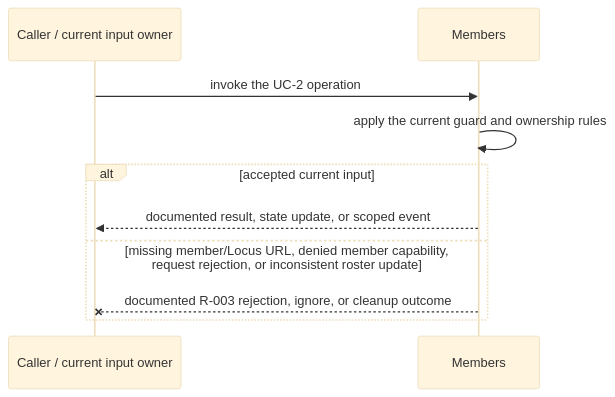
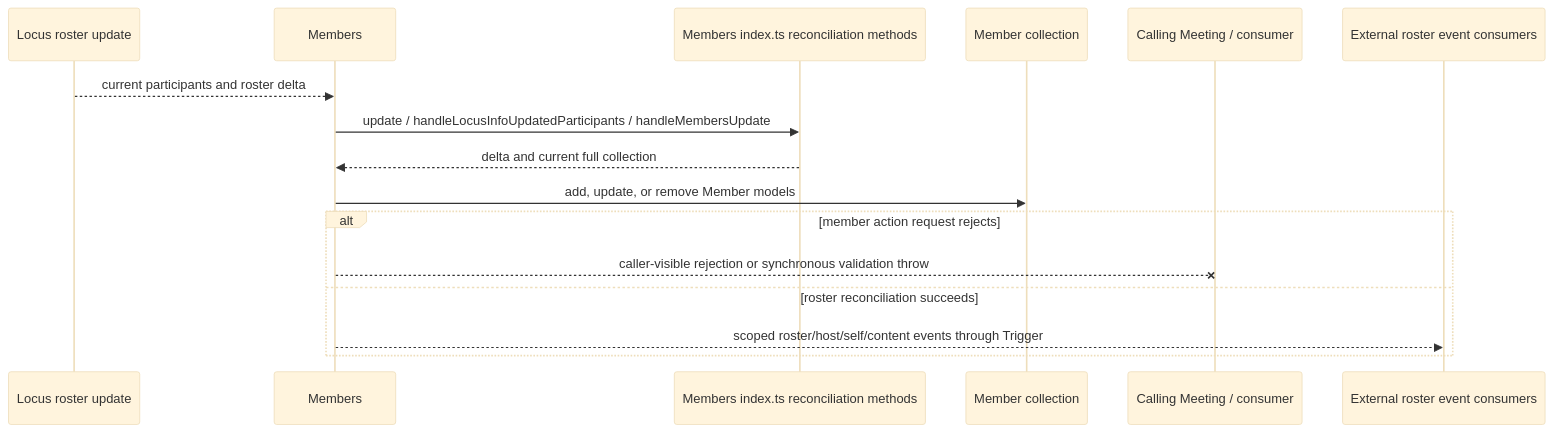
Before and after one commit to webex/webex-js-sdk: the third of 4 diagrams in packages/@webex/plugin-meetings/src/members/ai-docs/members-spec.md, drawn with Mermaid (base theme). The commit also changed other lines of this file and 24 other files, not shown here.

````diff
--- a/packages/@webex/plugin-meetings/src/members/ai-docs/members-spec.md
+++ b/packages/@webex/plugin-meetings/src/members/ai-docs/members-spec.md
@@ -143,12 +162,18 @@
 ```mermaid
 sequenceDiagram
-  participant C as Caller / current input owner
+  participant L as Locus roster update
   participant M as Members
-  C->>M: invoke the UC-2 operation
-  M->>M: apply the current guard and ownership rules
-  alt accepted current input
-    M-->>C: documented result, state update, or scoped event
-  else missing member/Locus URL, denied member capability, request rejection, or inconsistent roster update
-    M--xC: documented R-003 rejection, ignore, or cleanup outcome
+  participant U as Members index.ts reconciliation methods
+  participant C as Member collection
+  participant A as Calling Meeting / consumer
+  participant E as External roster event consumers
+  L-->>M: current participants and roster delta
+  M->>U: update / handleLocusInfoUpdatedParticipants / handleMembersUpdate
+  U-->>M: delta and current full collection
+  M->>C: add, update, or remove Member models
+  alt member action request rejects
+    M--xA: caller-visible rejection or synchronous validation throw
+  else roster reconciliation succeeds
+    M-->>E: scoped roster/host/self/content events through Trigger
   end
 ```
````
